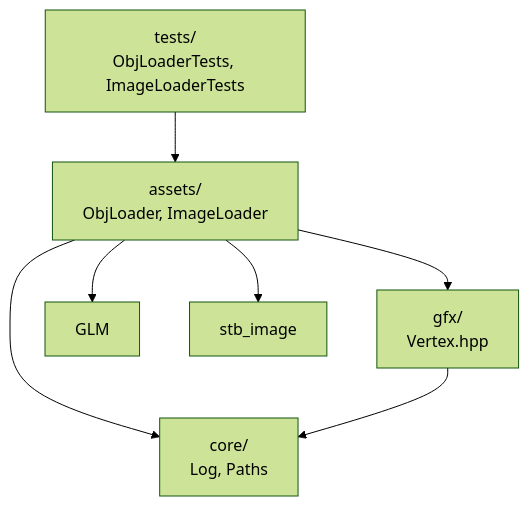
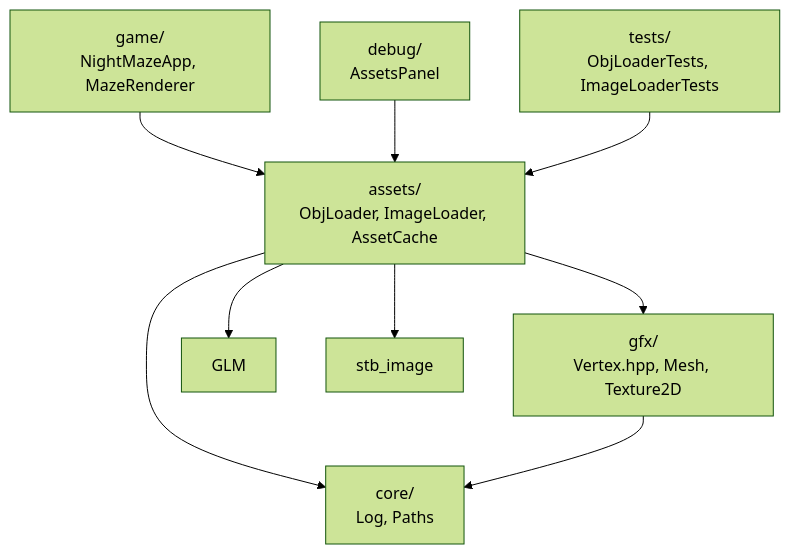
One commit to Shironex/night-maze changed the second of 2 diagrams in docs/modules/assets/README.md. Above: the diagram before and after it, drawn with Mermaid (forest theme). The commit also changed other lines of this file and 7 other files, not shown here.

Commit message:
feat(assets): add asset cache for models and textures

````diff
--- a/docs/modules/assets/README.md
+++ b/docs/modules/assets/README.md
@@ -71,9 +76,11 @@
 ```mermaid
 flowchart TD
+    Game["game/<br/>NightMazeApp, MazeRenderer"] --> Assets
+    Debug["debug/<br/>AssetsPanel"] --> Assets
     Tests["tests/<br/>ObjLoaderTests, ImageLoaderTests"] --> Assets
-    Assets["assets/<br/>ObjLoader, ImageLoader"] --> Gfx["gfx/<br/>Vertex.hpp"]
+    Assets["assets/<br/>ObjLoader, ImageLoader, AssetCache"] --> Gfx["gfx/<br/>Vertex.hpp, Mesh, Texture2D"]
     Assets --> Core["core/<br/>Log, Paths"]
     Assets --> Glm["GLM"]
     Assets --> Stb["stb_image"]
     Gfx --> Core
 ```
````
